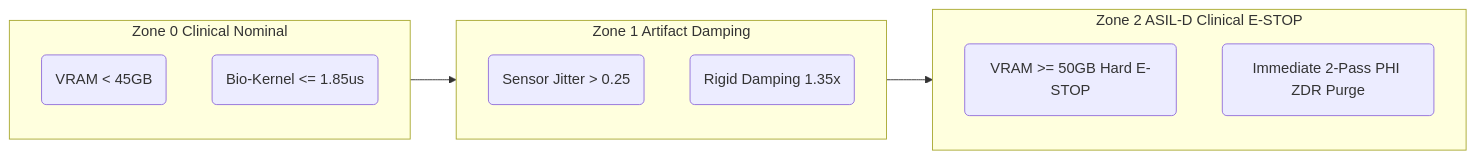
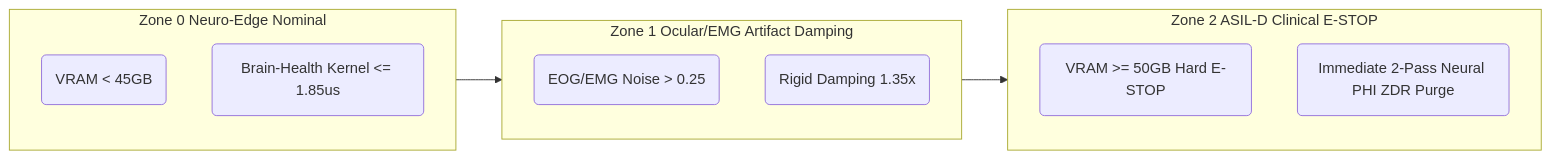
One commit to jackhu24-ship-it/phantom-grid-abudhabi-future-health changed the fourth of 4 diagrams in docs/SPEC_28_ABUDHABI_FUTURE_HEALTH.md. Above: the diagram before and after it, drawn with Mermaid. The commit also changed other lines of this file and 32 other files, not shown here.

Commit message:
feat(neuro-edge): realign scope to early brain health MCI detection, privacy-preserving edge & live prototype

````diff
--- a/docs/SPEC_28_ABUDHABI_FUTURE_HEALTH.md
+++ b/docs/SPEC_28_ABUDHABI_FUTURE_HEALTH.md
@@ -56,17 +56,17 @@
 ```mermaid
 graph LR
-    subgraph Nominal [Zone 0 Clinical Nominal]
+    subgraph Nominal [Zone 0 Neuro-Edge Nominal]
         N1(VRAM < 45GB)
-        N2(Bio-Kernel <= 1.85us)
+        N2(Brain-Health Kernel <= 1.85us)
     end
-    subgraph DriftControl [Zone 1 Artifact Damping]
-        T1(Sensor Jitter > 0.25)
+    subgraph DriftControl [Zone 1 Ocular/EMG Artifact Damping]
+        T1(EOG/EMG Noise > 0.25)
         T2(Rigid Damping 1.35x)
     end
     subgraph Meltdown [Zone 2 ASIL-D Clinical E-STOP]
         M1(VRAM >= 50GB Hard E-STOP)
-        M2(Immediate 2-Pass PHI ZDR Purge)
+        M2(Immediate 2-Pass Neural PHI ZDR Purge)
     end
     Nominal --> DriftControl
     DriftControl --> Meltdown
 ```
````
